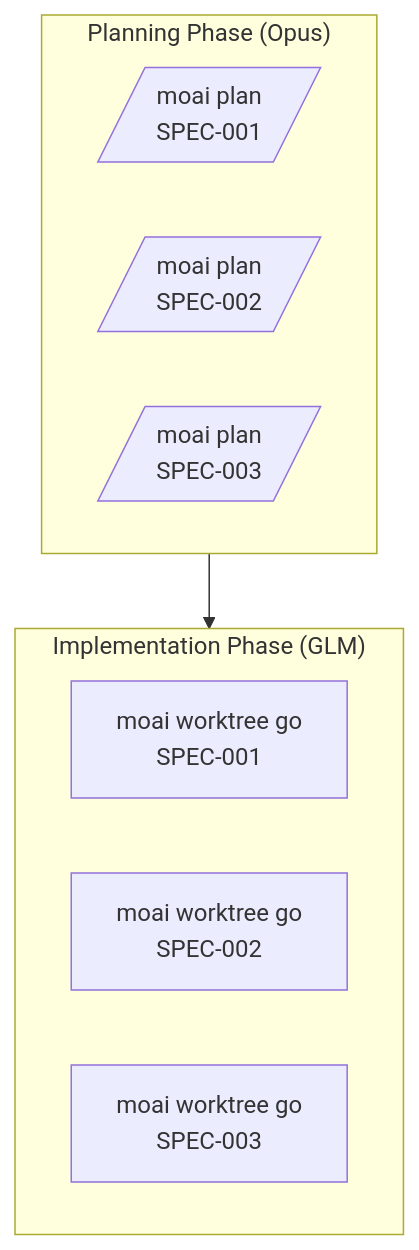
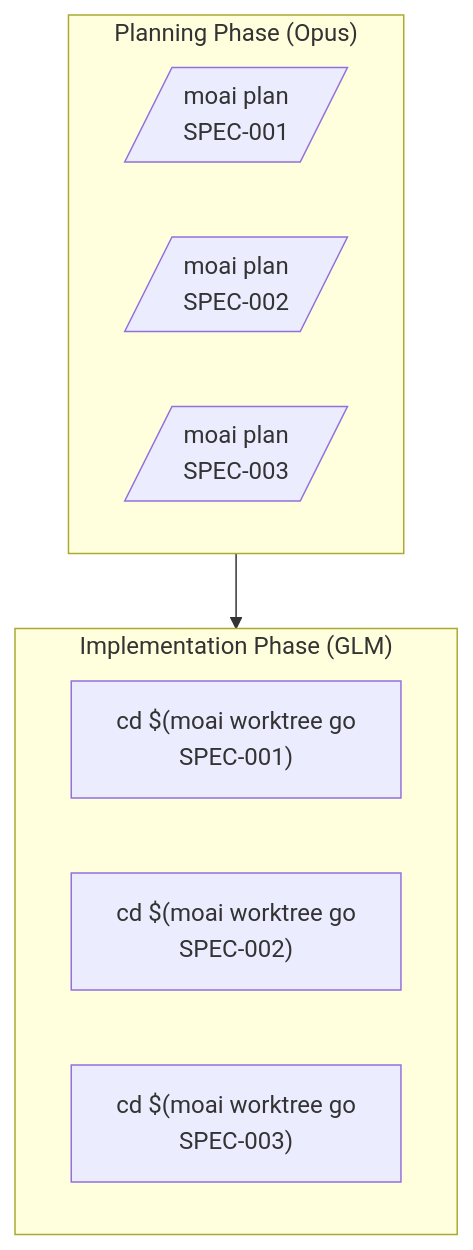
Before and after one commit to modu-ai/moai-adk: the eighth of 10 diagrams in docs-site/content/zh/worktree/guide.md, drawn with Mermaid. The commit also changed other lines of this file and 18 other files, not shown here.

First line of the commit message:
docs(SPEC-DOCS-WTRGO-001): fix worktree go navigation + document switch (en/ko/ja/zh)

````diff
--- a/docs-site/content/zh/worktree/guide.md
+++ b/docs-site/content/zh/worktree/guide.md
@@ -545,16 +545,16 @@
 ```mermaid
 graph TB
     subgraph Planning["Planning Phase (Opus)"]
         P1[/moai plan<br/>SPEC-001/]
         P2[/moai plan<br/>SPEC-002/]
         P3[/moai plan<br/>SPEC-003/]
     end
 
     subgraph Implementation["Implementation Phase (GLM)"]
-        I1[moai worktree go<br/>SPEC-001]
-        I2[moai worktree go<br/>SPEC-002]
-        I3[moai worktree go<br/>SPEC-003]
+        I1["cd $(moai worktree go<br/>SPEC-001)"]
+        I2["cd $(moai worktree go<br/>SPEC-002)"]
+        I3["cd $(moai worktree go<br/>SPEC-003)"]
     end
 
     Planning --> Implementation
 ```
````
